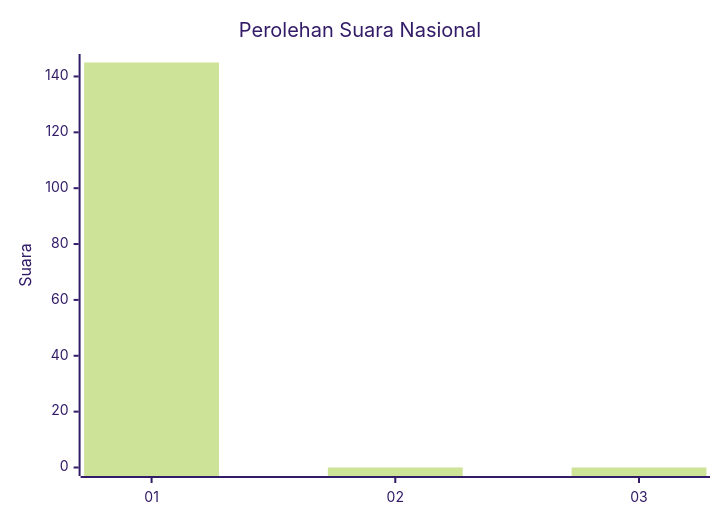
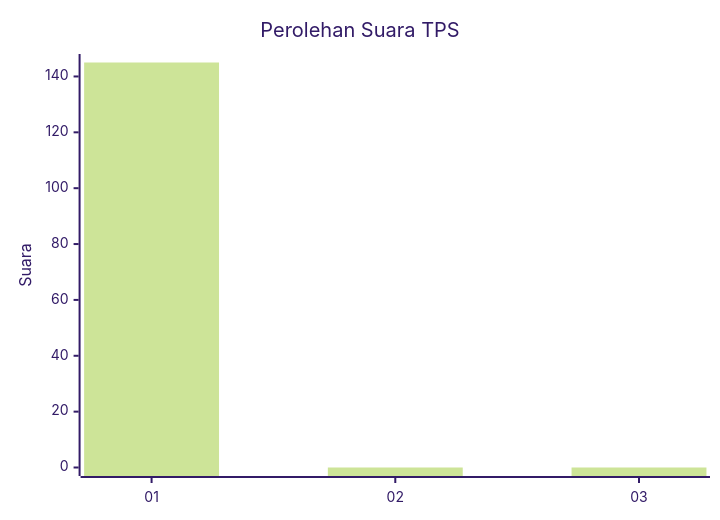
Before and after one commit to gigit-pemilu/pemilu-2024-95-papua-pegunungan: the first of 2 diagrams in pilpres/hitung-suara/sub/95-papua-pegunungan/sub/01-jayawijaya/sub/30-silo-karno-doga/sub/2006-gigilobo/sub/001-tps/README.md, drawn with Mermaid (forest theme). The commit also changed other lines of this file and 3 other files, not shown here.

````diff
--- a/pilpres/hitung-suara/sub/95-papua-pegunungan/sub/01-jayawijaya/sub/30-silo-karno-doga/sub/2006-gigilobo/sub/001-tps/README.md
+++ b/pilpres/hitung-suara/sub/95-papua-pegunungan/sub/01-jayawijaya/sub/30-silo-karno-doga/sub/2006-gigilobo/sub/001-tps/README.md
@@ -5,7 +5,7 @@
 ```mermaid
 xychart-beta
-    title "Perolehan Suara Nasional"
+    title "Perolehan Suara TPS"
     x-axis [01, 02, 03]
     y-axis "Suara" 0 --> 145
     bar [145, 0, 0]
 ```
````
